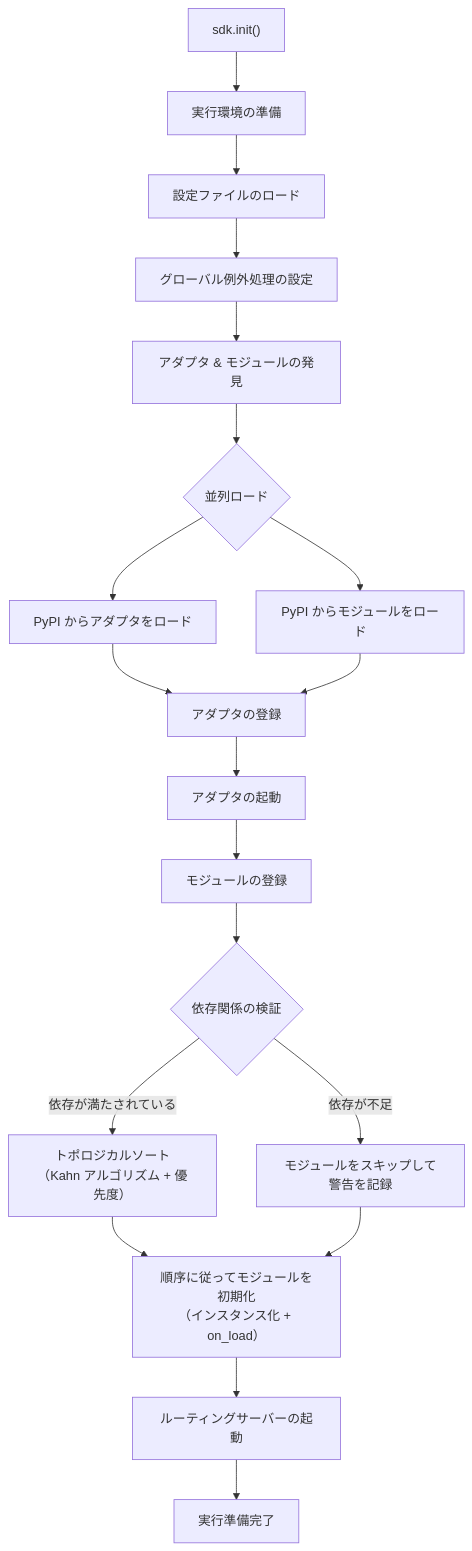
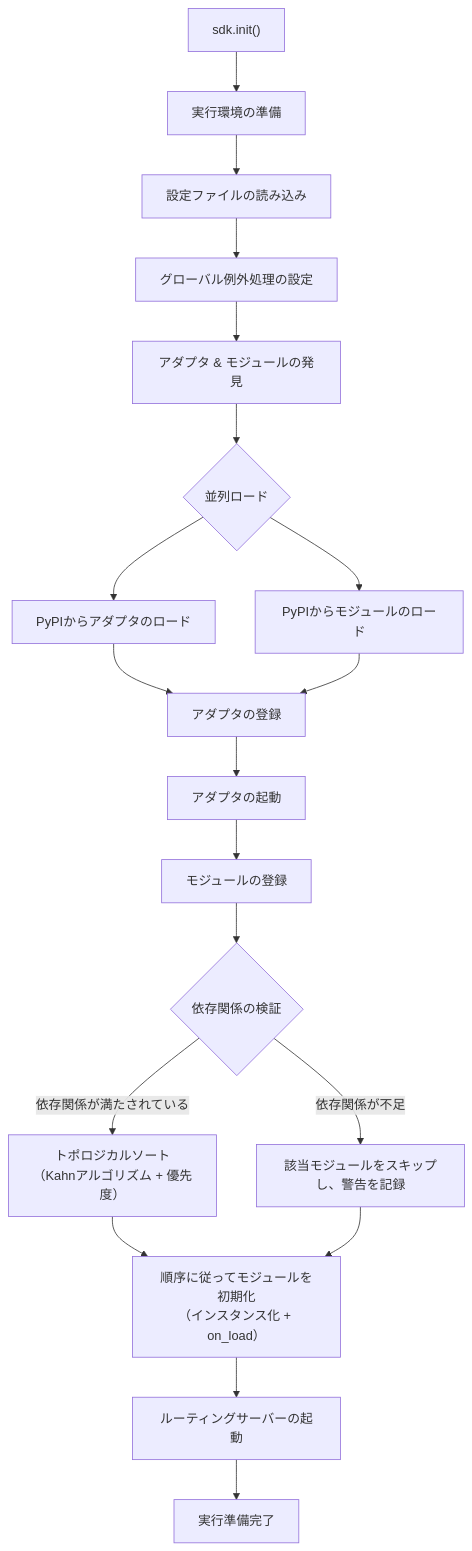
One commit to ErisPulse/ErisPulse changed the second of 8 diagrams in docs/ja/architecture.md. Above: the diagram before and after it, drawn with Mermaid. The commit also changed other lines of this file and 127 other files, not shown here.

````diff
--- a/docs/ja/architecture.md
+++ b/docs/ja/architecture.md
@@ -61,20 +61,20 @@
 ```mermaid
 flowchart TD
     A["sdk.init()"] --> B["実行環境の準備"]
-    B --> B1["設定ファイルのロード"]
+    B --> B1["設定ファイルの読み込み"]
     B1 --> B2["グローバル例外処理の設定"]
     B2 --> C["アダプタ & モジュールの発見"]
     C --> D{"並列ロード"}
-    D --> D1["PyPI からアダプタをロード"]
-    D --> D2["PyPI からモジュールをロード"]
+    D --> D1["PyPIからアダプタのロード"]
+    D --> D2["PyPIからモジュールのロード"]
     D1 & D2 --> E["アダプタの登録"]
     E --> E1["アダプタの起動"]
     E1 --> F["モジュールの登録"]
     F --> F1{"依存関係の検証"}
-    F1 -->|"依存が不足"| F2["モジュールをスキップして警告を記録"]
-    F1 -->|"依存が満たされている"| F3["トポロジカルソート<br/>（Kahn アルゴリズム + 優先度）"]
+    F1 -->|"依存関係が不足"| F2["該当モジュールをスキップし、警告を記録"]
+    F1 -->|"依存関係が満たされている"| F3["トポロジカルソート<br/>（Kahnアルゴリズム + 優先度）"]
     F3 --> G["順序に従ってモジュールを初期化<br/>（インスタンス化 + on_load）"]
     F2 --> G
     G --> H["ルーティングサーバーの起動"]
     H --> K["実行準備完了"]
 ```
````
